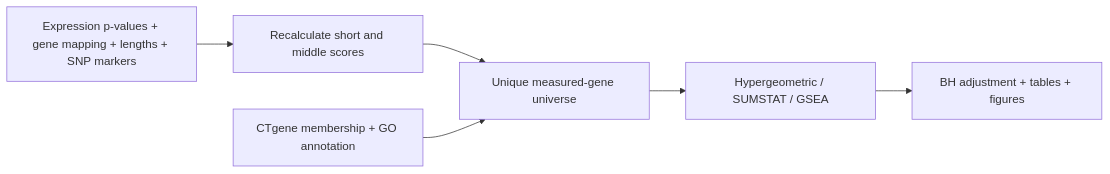
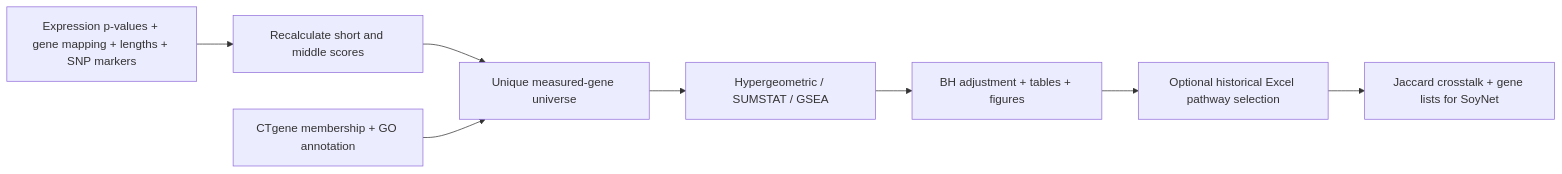
Before and after one commit to benbenbeatit912002/soybean-cold-tolerance-pathways: the diagram in README.md, drawn with Mermaid. The commit also changed other lines of this file and 23 other files, not shown here.

Commit message:
Add offline crosstalk using historical Excel pathway selections

````diff
--- a/README.md
+++ b/README.md
@@ -68,8 +68,10 @@
 ```mermaid
 flowchart LR
     A[Expression p-values + gene mapping + lengths + SNP markers] --> B[Recalculate short and middle scores]
     B --> C[Unique measured-gene universe]
     D[CTgene membership + GO annotation] --> C
     C --> E[Hypergeometric / SUMSTAT / GSEA]
     E --> F[BH adjustment + tables + figures]
+    F --> G[Optional historical Excel pathway selection]
+    G --> H[Jaccard crosstalk + gene lists for SoyNet]
 ```
````
